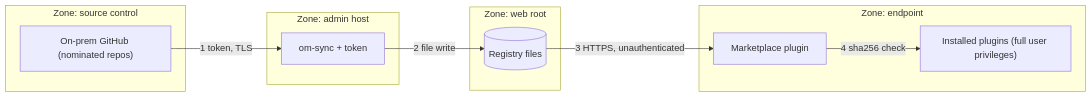
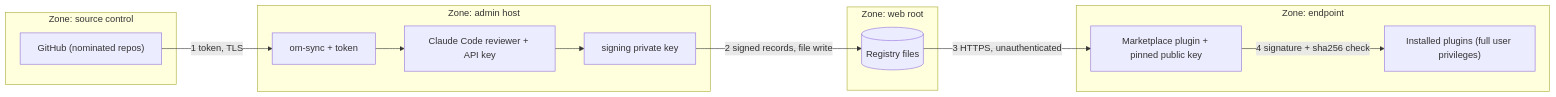
The first of 2 diagrams in docs/concepts/security.md (dstaulcu/obsidian-onprem-marketplace), drawn with Mermaid before and after one commit. The commit also changed other lines of this file and 7 other files, not shown here.

````diff
--- a/docs/concepts/security.md
+++ b/docs/concepts/security.md
@@ -13,20 +13,24 @@
 ```mermaid
 flowchart LR
     subgraph T1["Zone: source control"]
-        GH["On-prem GitHub (nominated repos)"]
+        GH["GitHub (nominated repos)"]
     end
     subgraph T2["Zone: admin host"]
         SYNC["om-sync + token"]
+        REV["Claude Code reviewer + API key"]
+        KEY["signing private key"]
     end
     subgraph T3["Zone: web root"]
         REG[("Registry files")]
     end
     subgraph T4["Zone: endpoint"]
-        MP["Marketplace plugin"]
+        MP["Marketplace plugin + pinned public key"]
         PL["Installed plugins (full user privileges)"]
     end
     GH -->|"1 token, TLS"| SYNC
-    SYNC -->|"2 file write"| REG
+    SYNC --> REV
+    REV --> KEY
+    KEY -->|"2 signed records, file write"| REG
     REG -->|"3 HTTPS, unauthenticated"| MP
-    MP -->|"4 sha256 check"| PL
+    MP -->|"4 signature + sha256 check"| PL
 ```
````
